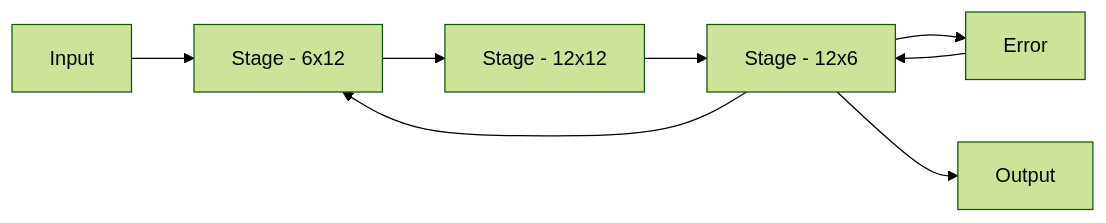
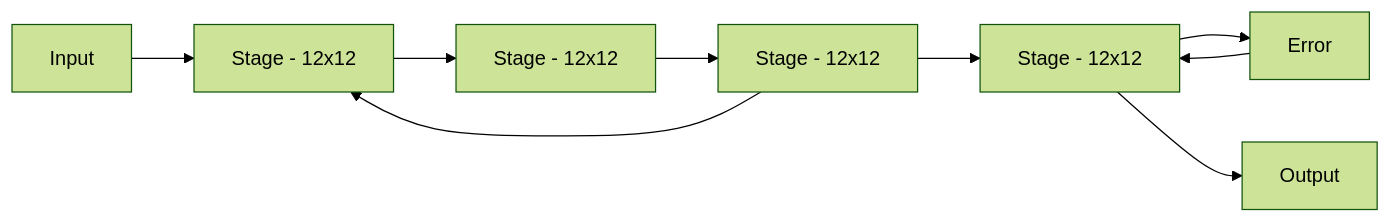
The diagram in docs/introduction/basic-example.md (andywag/NeuralHDL), drawn with Mermaid (forest theme) before and after one commit. The commit also changed other lines of this file and 70 other files, not shown here.

````diff
--- a/docs/introduction/basic-example.md
+++ b/docs/introduction/basic-example.md
@@ -86,13 +44,15 @@
 ```mermaid
 graph LR
-    Stage0[Stage - 6x12]
+    Stage0[Stage - 12x12]
     Stage1[Stage - 12x12]
-    Stage2[Stage - 12x6]
+    Stage2[Stage - 12x12]
+    Stage3[Stage - 12x12]
     Input-->Stage0
     Stage0-->Stage1
     Stage1-->Stage2
+    Stage2-->Stage3
     Stage2-->Stage0
-    Stage2-->Error
-    Stage2-->Output
-    Error-->Stage2
+    Stage3-->Error
+    Stage3-->Output
+    Error-->Stage3
 ```
````
